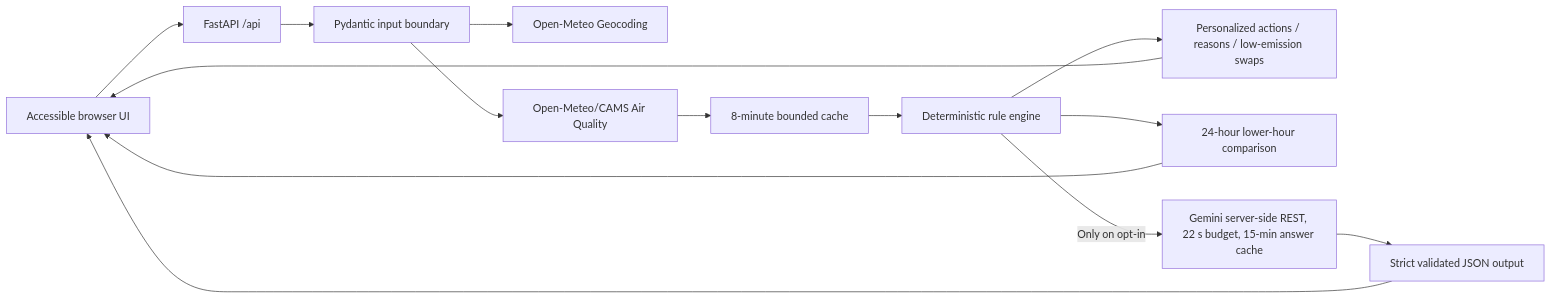
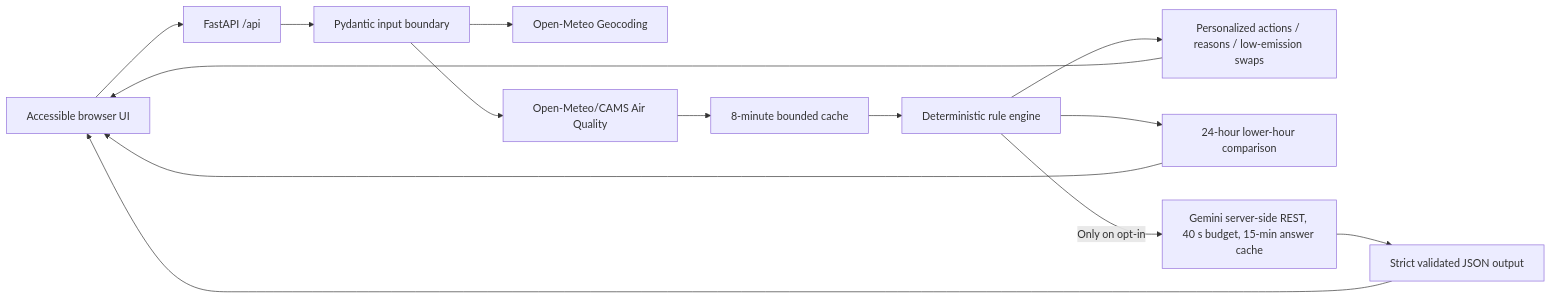
The diagram in README.md (pranavg21/airwise-promptwars-c6), drawn with Mermaid before and after one commit. The commit also changed other lines of this file and 6 other files, not shown here.

First line of the commit message:
Give Gemini a 40-second budget and the browser a 45-second wait

````diff
--- a/README.md
+++ b/README.md
@@ -43,16 +43,16 @@
 ```mermaid
 flowchart LR
     Browser[Accessible browser UI] --> API[FastAPI /api]
     API --> Validated[Pydantic input boundary]
     Validated --> Geo[Open-Meteo Geocoding]
     Validated --> Air[Open-Meteo/CAMS Air Quality]
     Air --> Cache[8-minute bounded cache]
     Cache --> Rules[Deterministic rule engine]
     Rules --> Reasons[Personalized actions / reasons / low-emission swaps]
     Rules --> Time[24-hour lower-hour comparison]
-    Rules -->|Only on opt-in| Gemini[Gemini server-side REST, 22 s budget, 15-min answer cache]
+    Rules -->|Only on opt-in| Gemini[Gemini server-side REST, 40 s budget, 15-min answer cache]
     Gemini --> Schema[Strict validated JSON output]
     Schema --> Browser
     Reasons --> Browser
     Time --> Browser
 ```
````
